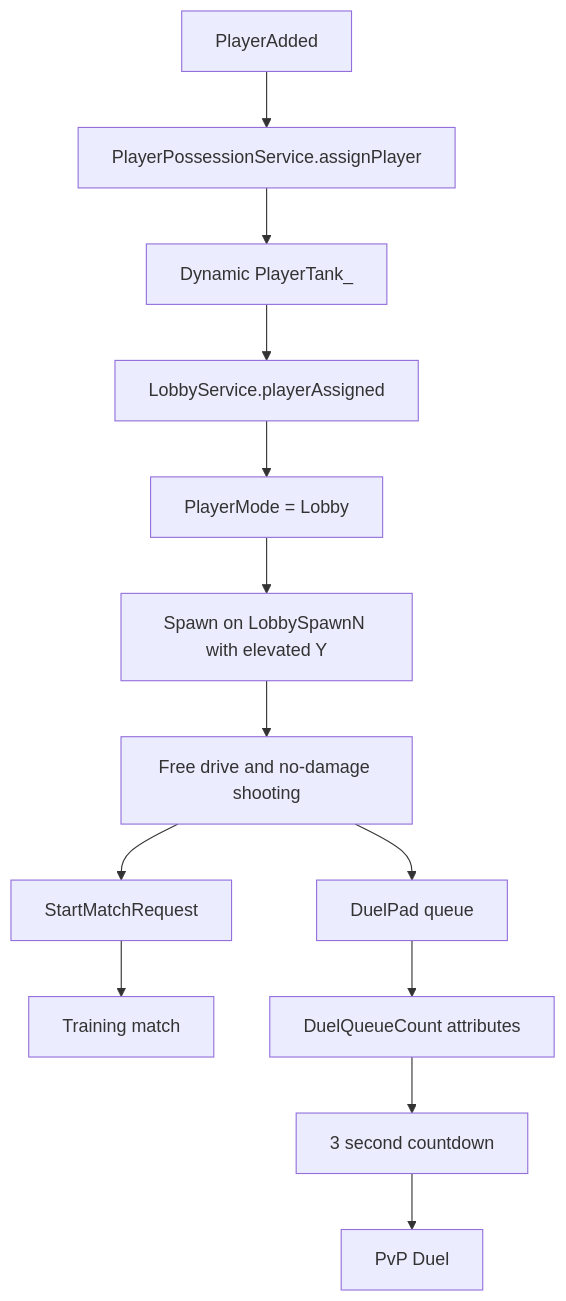
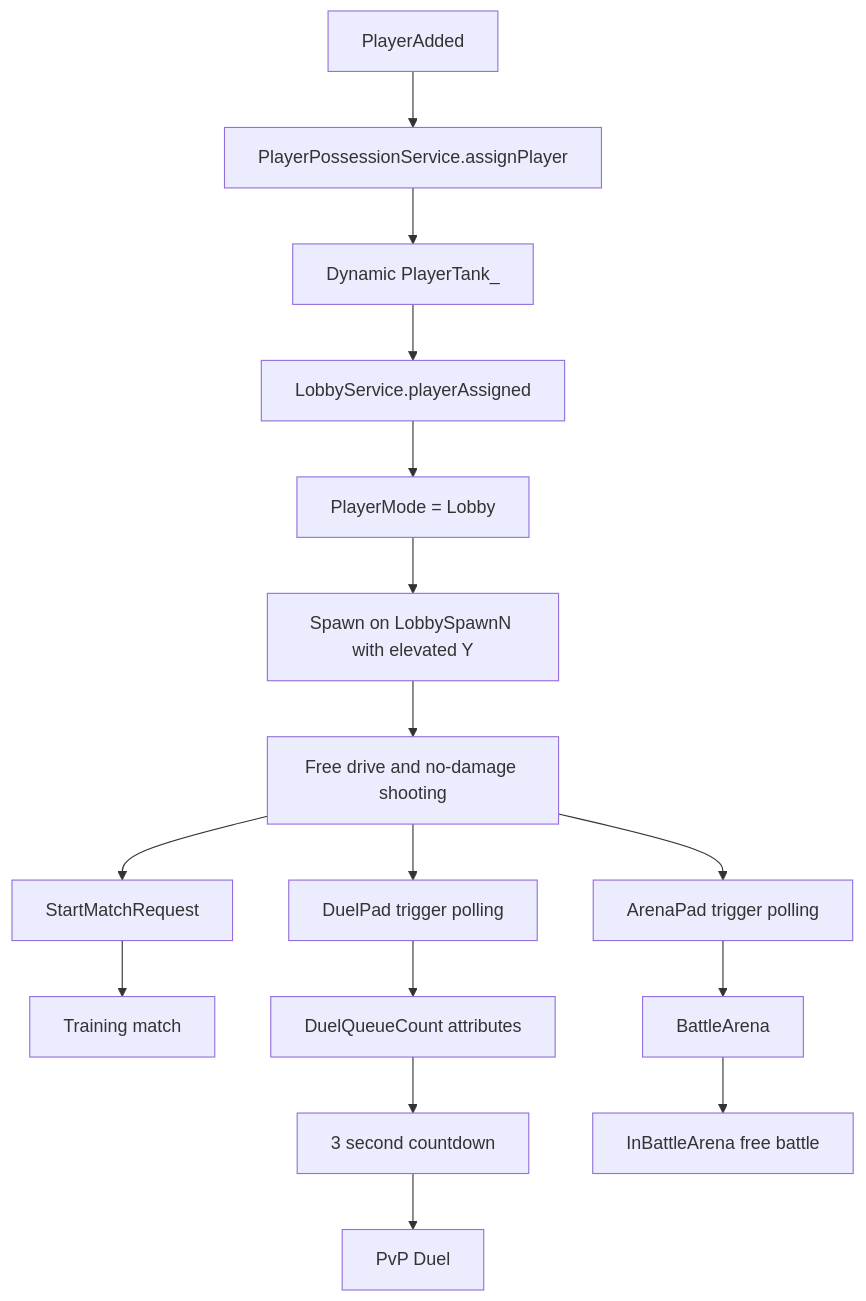
Before and after one commit to Incube700/WorldOfBalance_Roblox: the second of 7 diagrams in docs/ARCHITECTURE_GRAPH.md, drawn with Mermaid. The commit also changed other lines of this file and 47 other files, not shown here.

First line of the commit message:
Add Battle Arena mode, mobile controls, and docs

````diff
--- a/docs/ARCHITECTURE_GRAPH.md
+++ b/docs/ARCHITECTURE_GRAPH.md
@@ -28,15 +29,18 @@
 ```mermaid
 flowchart TD
     A["PlayerAdded"] --> B["PlayerPossessionService.assignPlayer"]
     B --> C["Dynamic PlayerTank_<UserId>"]
     C --> D["LobbyService.playerAssigned"]
     D --> E["PlayerMode = Lobby"]
     E --> F["Spawn on LobbySpawnN with elevated Y"]
     F --> G["Free drive and no-damage shooting"]
     G --> H["StartMatchRequest"]
     H --> I["Training match"]
-    G --> J["DuelPad queue"]
+    G --> J["DuelPad trigger polling"]
     J --> K["DuelQueueCount attributes"]
     K --> L["3 second countdown"]
     L --> M["PvP Duel"]
+    G --> N["ArenaPad trigger polling"]
+    N --> O["BattleArena"]
+    O --> P["InBattleArena free battle"]
 ```
````
